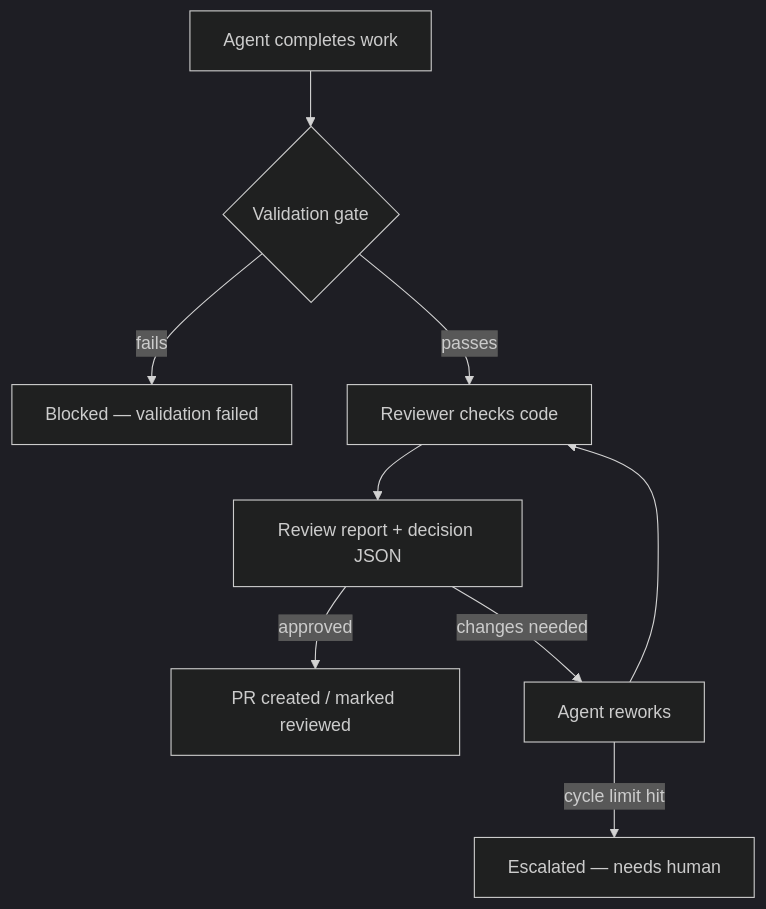
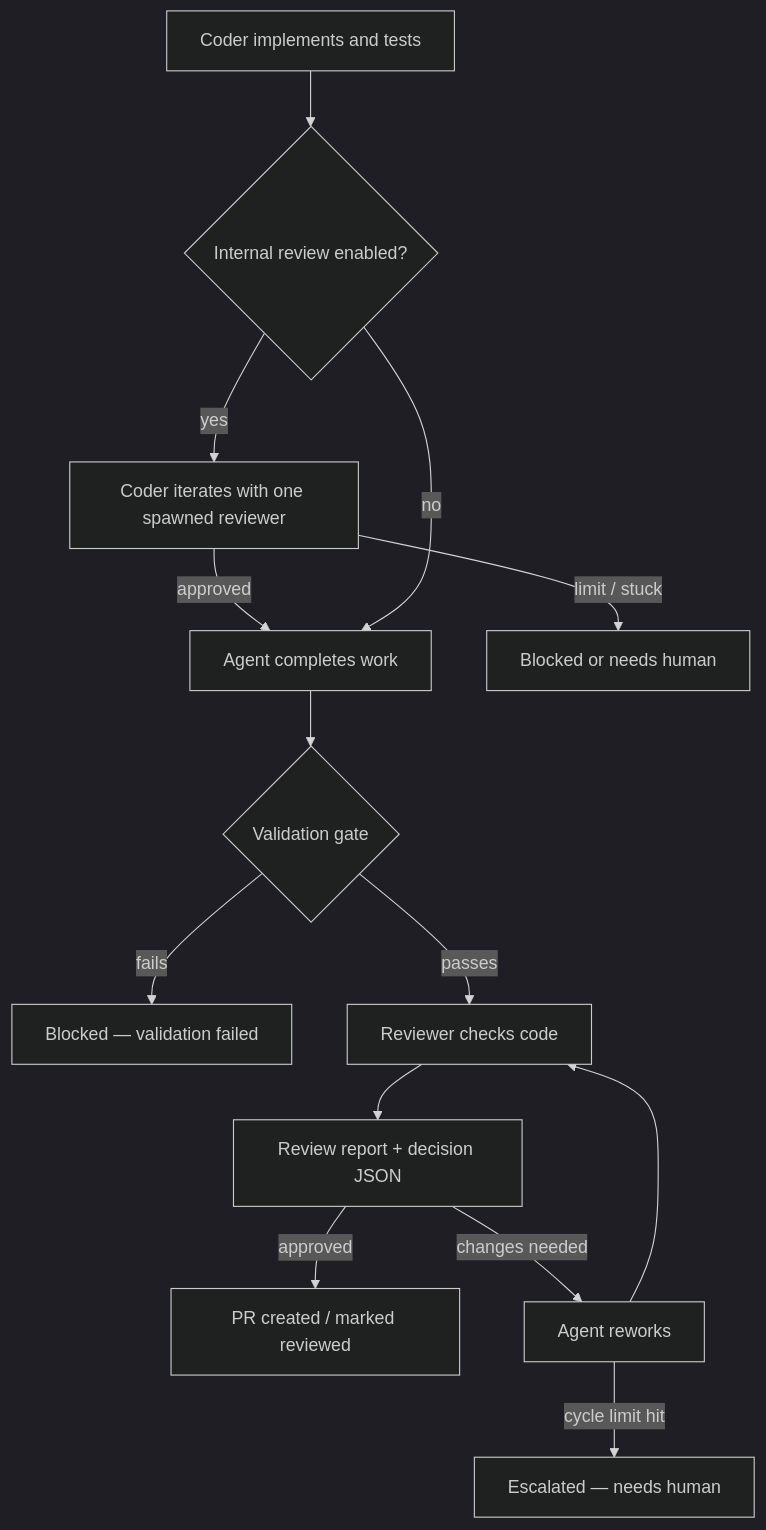
One commit to BruceBGordon/issue-orchestrator changed the first of 5 diagrams in docs/development/REVIEW_WORKFLOW.md. Above: the diagram before and after it, drawn with Mermaid (dark theme). The commit also changed other lines of this file and 38 other files, not shown here.

Commit message:
feat: add coder internal review loop

````diff
--- a/docs/development/REVIEW_WORKFLOW.md
+++ b/docs/development/REVIEW_WORKFLOW.md
@@ -9,11 +9,16 @@
 ```mermaid
 flowchart TD
-  DONE["Agent completes work"] --> VAL{"Validation gate"}
-  VAL -->|fails| BLOCKED["Blocked — validation failed"]
+  CODE["Coder implements and tests"] --> INTERNAL{"Internal review enabled?"}
+  INTERNAL -->|yes| IREVIEW["Coder iterates with one spawned reviewer"]
+  IREVIEW -->|approved| DONE["Agent completes work"]
+  IREVIEW -->|limit / stuck| INTERNAL_BLOCK["Blocked or needs human"]
+  INTERNAL -->|no| DONE
+  DONE --> VAL{"Validation gate"}
+  VAL -->|fails| VAL_BLOCK["Blocked — validation failed"]
   VAL -->|passes| REVIEW["Reviewer checks code"]
   REVIEW --> ARTIFACTS["Review report + decision JSON"]
   ARTIFACTS -->|approved| PR["PR created / marked reviewed"]
   ARTIFACTS -->|changes needed| REWORK["Agent reworks"]
   REWORK --> REVIEW
   REWORK -->|cycle limit hit| ESCALATE["Escalated — needs human"]
 ```
````
